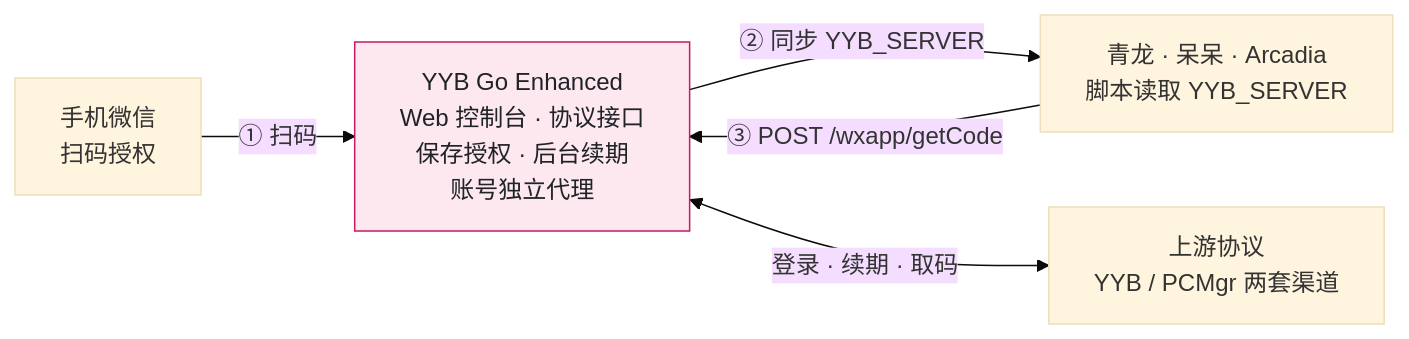
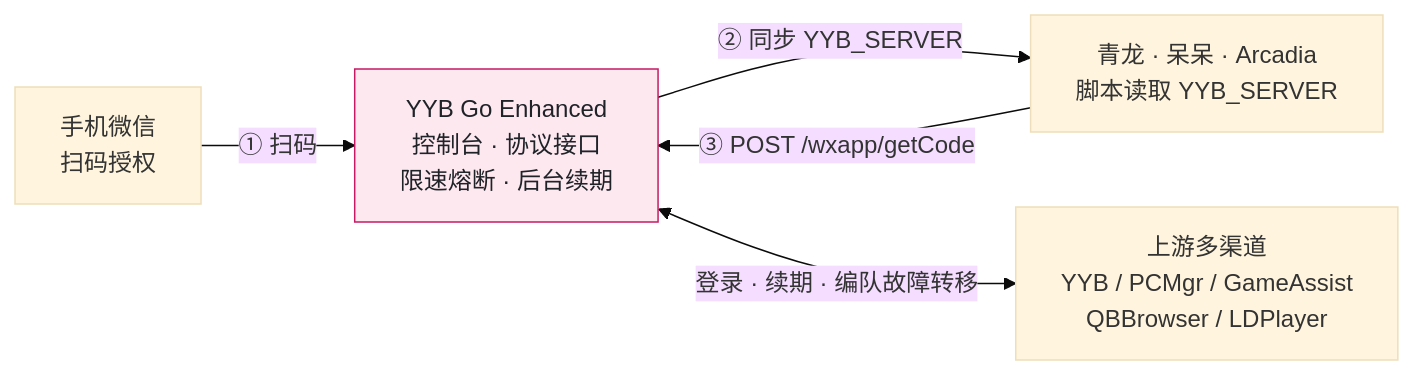
One commit to 525815266/YYB-Go-Enhanced changed the diagram in README.md. Above: the diagram before and after it, drawn with Mermaid (base theme). The commit also changed other lines of this file, not shown here.

````diff
--- a/README.md
+++ b/README.md
@@ -81,10 +114,10 @@
 ```mermaid
 flowchart LR
-    WX["手机微信<br/>扫码授权"] -->|"① 扫码"| YYB["YYB Go Enhanced<br/>Web 控制台 · 协议接口<br/>保存授权 · 后台续期<br/>账号独立代理"]
+    WX["手机微信<br/>扫码授权"] -->|"① 扫码"| YYB["YYB Go Enhanced<br/>控制台 · 协议接口<br/>限速熔断 · 后台续期"]
     YYB -->|"② 同步 YYB_SERVER"| QL["青龙 · 呆呆 · Arcadia<br/>脚本读取 YYB_SERVER"]
     QL -->|"③ POST /wxapp/getCode"| YYB
-    YYB <-->|"登录 · 续期 · 取码"| UP["上游协议<br/>YYB / PCMgr 两套渠道"]
+    YYB <-->|"登录 · 续期 · 编队故障转移"| UP["上游多渠道<br/>YYB / PCMgr / GameAssist<br/>QBBrowser / LDPlayer"]
 
     classDef brand fill:#fde8ef,stroke:#c51a63,color:#1f2328
     class YYB brand
 ```
````
